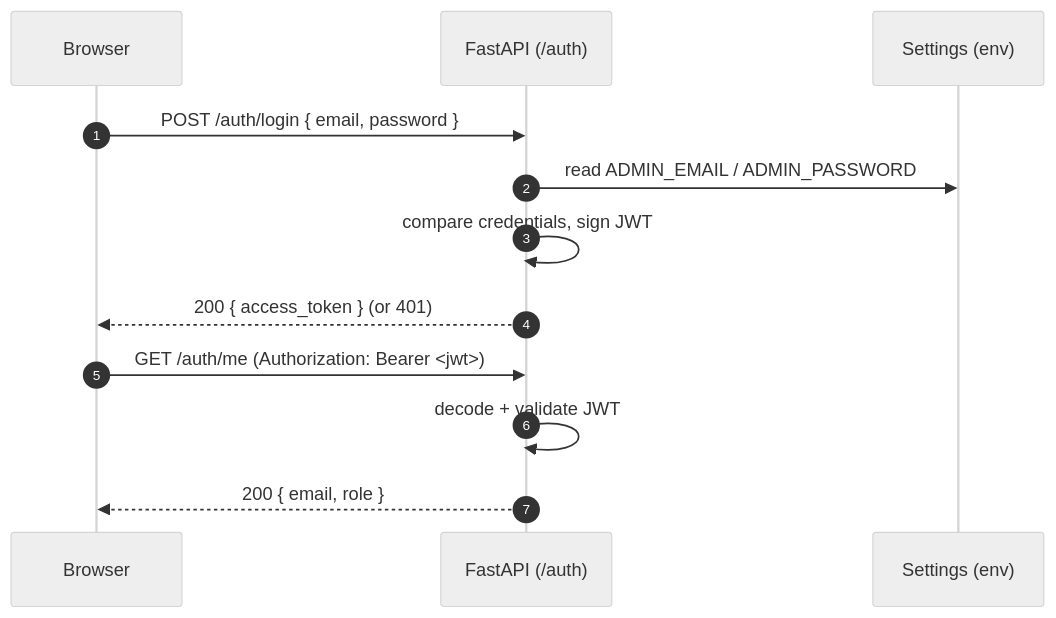
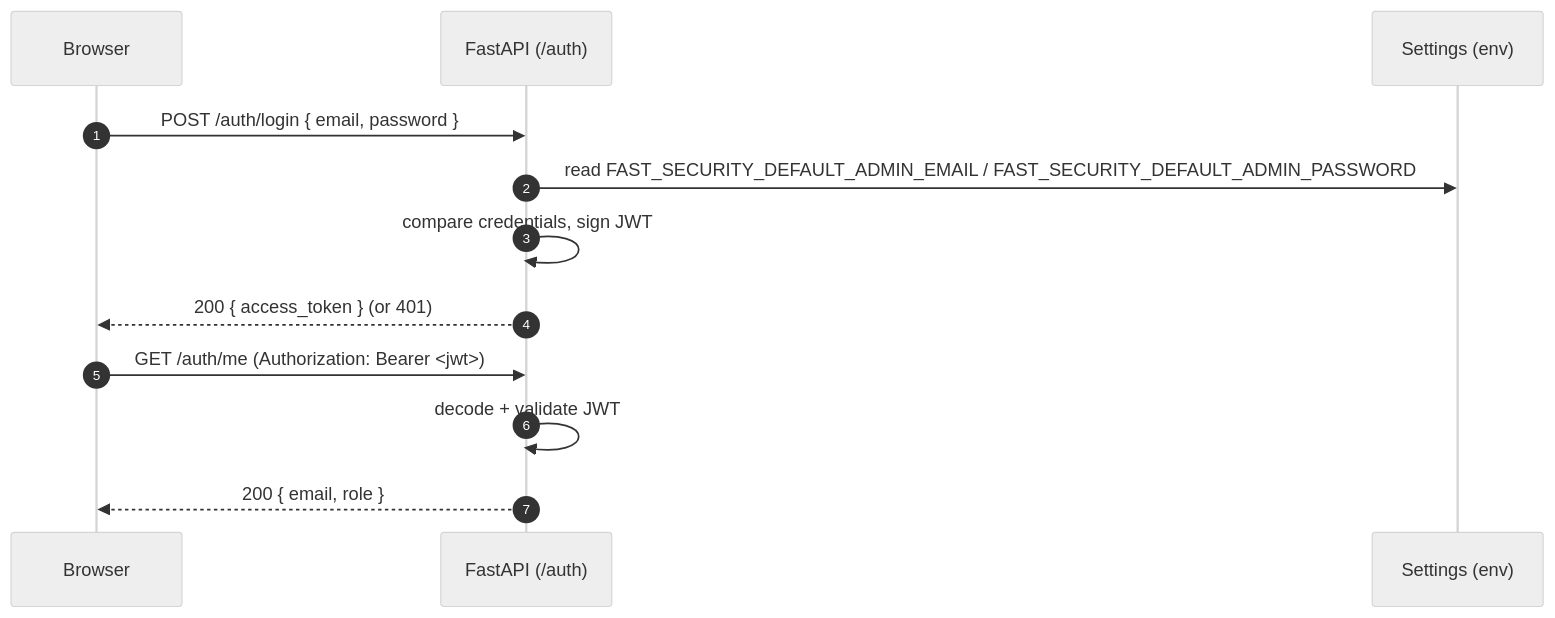
One commit to datntdev0/toolbox-media-studio changed the first of 2 diagrams in srcs/api/README.md. Above: the diagram before and after it, drawn with Mermaid (neutral theme). The commit also changed other lines of this file and 15 other files, not shown here.

````diff
--- a/srcs/api/README.md
+++ b/srcs/api/README.md
@@ -37,16 +42,16 @@
 ```mermaid
 sequenceDiagram
     autonumber
     participant U as Browser
     participant A as FastAPI (/auth)
     participant Cfg as Settings (env)
 
     U->>A: POST /auth/login { email, password }
-    A->>Cfg: read ADMIN_EMAIL / ADMIN_PASSWORD
+    A->>Cfg: read FAST_SECURITY_DEFAULT_ADMIN_EMAIL / FAST_SECURITY_DEFAULT_ADMIN_PASSWORD
     A->>A: compare credentials, sign JWT
     A-->>U: 200 { access_token }  (or 401)
 
     U->>A: GET /auth/me (Authorization: Bearer <jwt>)
     A->>A: decode + validate JWT
     A-->>U: 200 { email, role }
 ```
````
